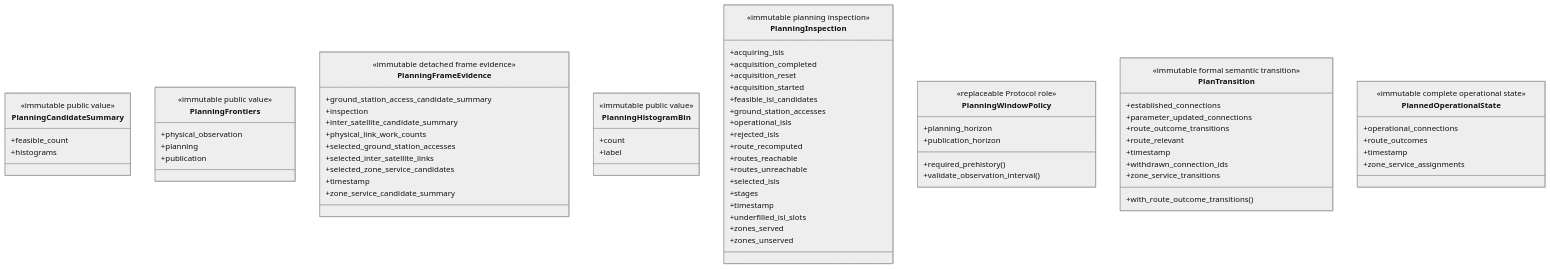
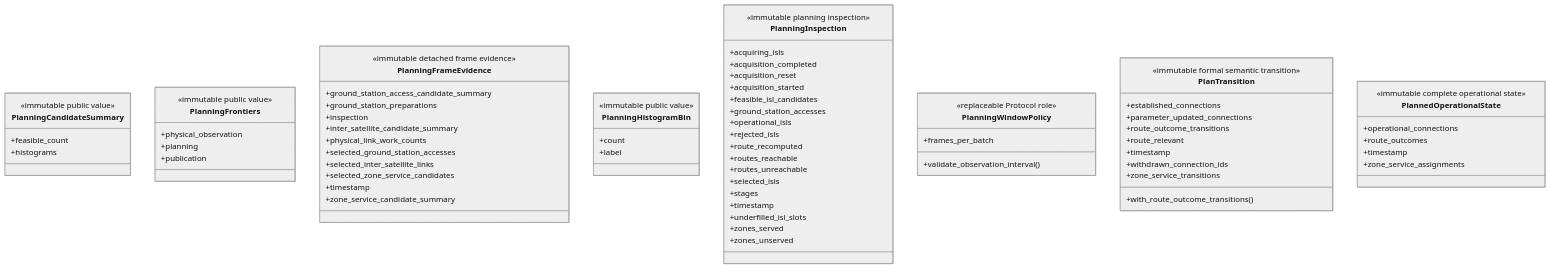
One commit to seed-labs/skyseed changed the fifth of 8 diagrams in skyseed_v2/src/skyseed_v2/simulator/planning/README.md. Above: the diagram before and after it, drawn with Mermaid (neutral theme). The commit also changed other lines of this file and 178 other files, not shown here.

````diff
--- a/skyseed_v2/src/skyseed_v2/simulator/planning/README.md
+++ b/skyseed_v2/src/skyseed_v2/simulator/planning/README.md
@@ -446,76 +446,75 @@
 ```mermaid
 classDiagram
     class PlanningCandidateSummary {
         <<immutable public value>>
         +feasible_count
         +histograms
     }
     class PlanningFrontiers {
         <<immutable public value>>
         +physical_observation
         +planning
         +publication
     }
     class PlanningFrameEvidence {
         <<immutable detached frame evidence>>
         +ground_station_access_candidate_summary
+        +ground_station_preparations
         +inspection
         +inter_satellite_candidate_summary
         +physical_link_work_counts
         +selected_ground_station_accesses
         +selected_inter_satellite_links
         +selected_zone_service_candidates
         +timestamp
         +zone_service_candidate_summary
     }
     class PlanningHistogramBin {
         <<immutable public value>>
         +count
         +label
     }
     class PlanningInspection {
         <<immutable planning inspection>>
         +acquiring_isls
         +acquisition_completed
         +acquisition_reset
         +acquisition_started
         +feasible_isl_candidates
         +ground_station_accesses
         +operational_isls
         +rejected_isls
         +route_recomputed
         +routes_reachable
         +routes_unreachable
         +selected_isls
         +stages
         +timestamp
         +underfilled_isl_slots
         +zones_served
         +zones_unserved
     }
     class PlanningWindowPolicy {
         <<replaceable Protocol role>>
-        +planning_horizon
-        +publication_horizon
-        +required_prehistory()
+        +frames_per_batch
         +validate_observation_interval()
     }
     class PlanTransition {
         <<immutable formal semantic transition>>
         +established_connections
         +parameter_updated_connections
         +route_outcome_transitions
         +route_relevant
         +timestamp
         +with_route_outcome_transitions()
         +withdrawn_connection_ids
         +zone_service_transitions
     }
     class PlannedOperationalState {
         <<immutable complete operational state>>
         +operational_connections
         +route_outcomes
         +timestamp
         +zone_service_assignments
     }
 ```
````
